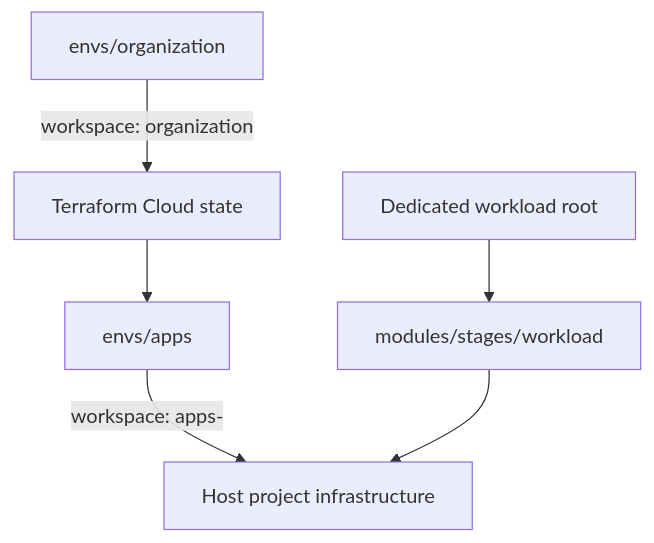
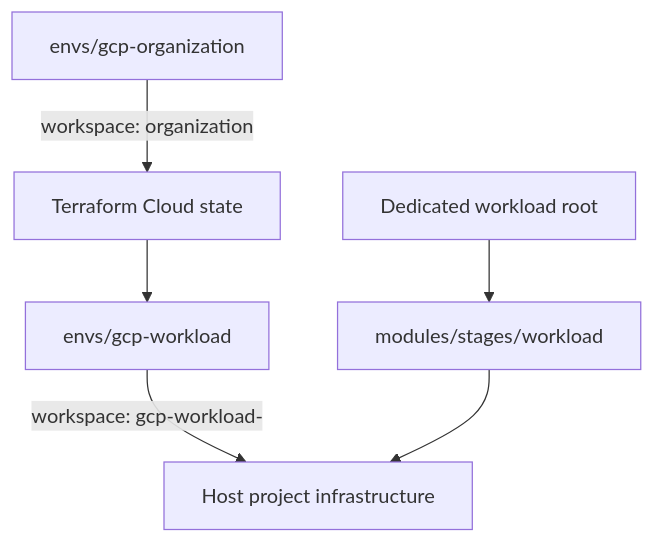
Before and after one commit to EdwinKassier/Ashes-Devops-Tools: the diagram in docs/architecture/ARCHITECTURE.md, drawn with Mermaid. The commit also changed other lines of this file and 66 other files, not shown here.

First line of the commit message:
refactor(gcp): rename GCP roots for cross-cloud naming symmetry

````diff
--- a/docs/architecture/ARCHITECTURE.md
+++ b/docs/architecture/ARCHITECTURE.md
@@ -166,8 +166,8 @@
 ```mermaid
 graph TD
-    A["envs/organization"] -->|workspace: organization| B["Terraform Cloud state"]
-    B --> C["envs/apps"]
-    C -->|workspace: apps-<env>| D["Host project infrastructure"]
+    A["envs/gcp-organization"] -->|workspace: organization| B["Terraform Cloud state"]
+    B --> C["envs/gcp-workload"]
+    C -->|workspace: gcp-workload-<env>| D["Host project infrastructure"]
     E["Dedicated workload root"] --> F["modules/stages/workload"]
     F --> D
 ```
````
